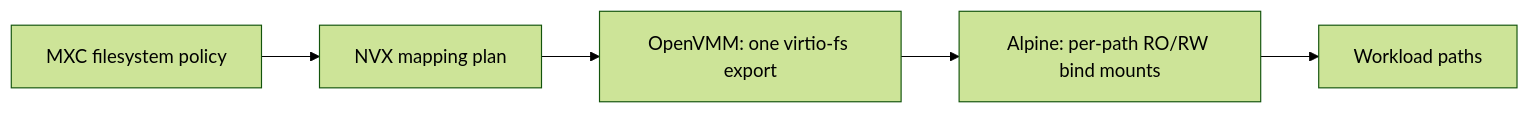
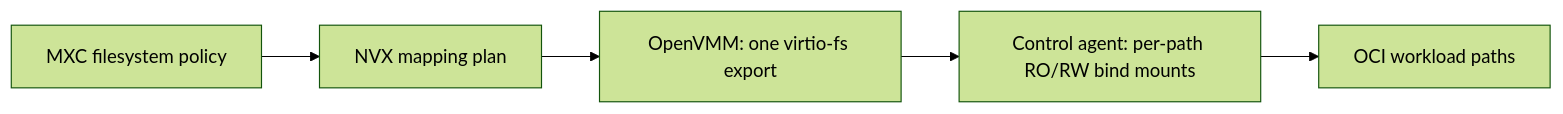
The second of 3 diagrams in docs/nvx-integration.md (microsoft/mxc), drawn with Mermaid (forest theme) before and after one commit. The commit also changed other lines of this file, not shown here.

````diff
--- a/docs/nvx-integration.md
+++ b/docs/nvx-integration.md
@@ -388,7 +418,7 @@
 ```mermaid
 flowchart LR
     Policy["MXC filesystem policy"] --> NVX["NVX mapping plan"]
     NVX --> OpenVMM["OpenVMM: one virtio-fs export"]
-    OpenVMM --> Alpine["Alpine: per-path RO/RW bind mounts"]
-    Alpine --> Workload["Workload paths"]
+    OpenVMM --> Agent["Control agent: per-path RO/RW bind mounts"]
+    Agent --> Workload["OCI workload paths"]
 ```
````
